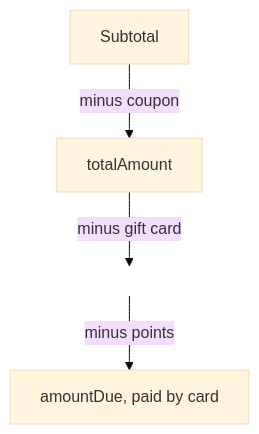
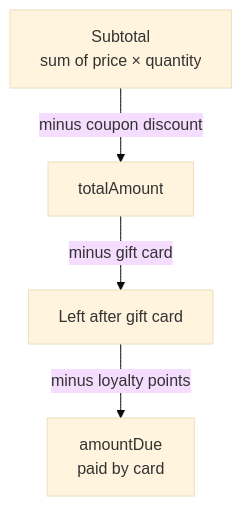
Before and after one commit to slawekradzyminski/awesome-localstack: the diagram in docs-site/docs/flows/cart.md, drawn with Mermaid (base theme).

Commit message:
Show every step of the cart amount diagram
The gift-card step was an invisible node, which looked like a broken arrow.

````diff
--- a/docs-site/docs/flows/cart.md
+++ b/docs-site/docs/flows/cart.md
@@ -7,7 +7,6 @@
 ```mermaid
 flowchart TB
-    S[Subtotal] -->|minus coupon| T[totalAmount]
-    T -->|minus gift card| G[ ]
-    G -->|minus points| D[amountDue, paid by card]
-    style G fill:none,stroke:none
+    S["Subtotal<br/>sum of price × quantity"] -->|minus coupon discount| T[totalAmount]
+    T -->|minus gift card| G[Left after gift card]
+    G -->|minus loyalty points| D["amountDue<br/>paid by card"]
 ```
````
